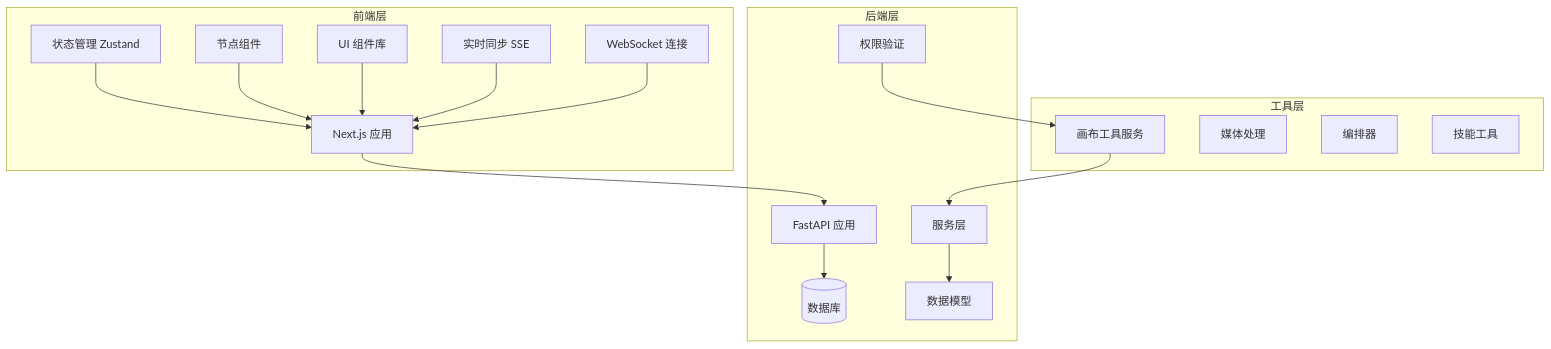
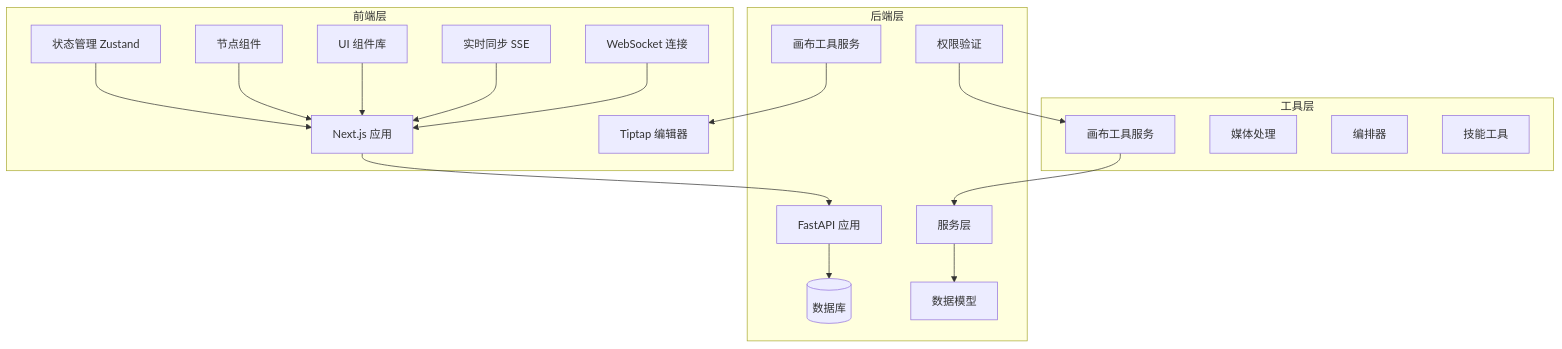
One commit to KunLabAI/KunFlix changed the first of 7 diagrams in .qoder/repowiki/zh/content/后端开发指南/画布工具服务.md. Above: the diagram before and after it, drawn with Mermaid. The commit also changed other lines of this file and 12 other files, not shown here.

````diff
--- a/.qoder/repowiki/zh/content/后端开发指南/画布工具服务.md
+++ b/.qoder/repowiki/zh/content/后端开发指南/画布工具服务.md
@@ -52,34 +57,37 @@
 ```mermaid
 graph TB
 subgraph "前端层"
 FE[Next.js 应用]
 Store[状态管理 Zustand]
 Nodes[节点组件]
 UI[UI 组件库]
 SSE[实时同步 SSE]
 WS[WebSocket 连接]
+Editor[Tiptap 编辑器]
 end
 subgraph "后端层"
 BE[FastAPI 应用]
 DB[(数据库)]
 Services[服务层]
 Models[数据模型]
 Auth[权限验证]
+Tools[画布工具服务]
 end
 subgraph "工具层"
 CanvasTools[画布工具服务]
 Media[媒体处理]
 Orchestrator[编排器]
 Skills[技能工具]
 end
 FE --> BE
 BE --> DB
 CanvasTools --> Services
 Services --> Models
 Store --> FE
 Nodes --> FE
 UI --> FE
 SSE --> FE
 WS --> FE
 Auth --> CanvasTools
+Tools --> Editor
 ```
````
